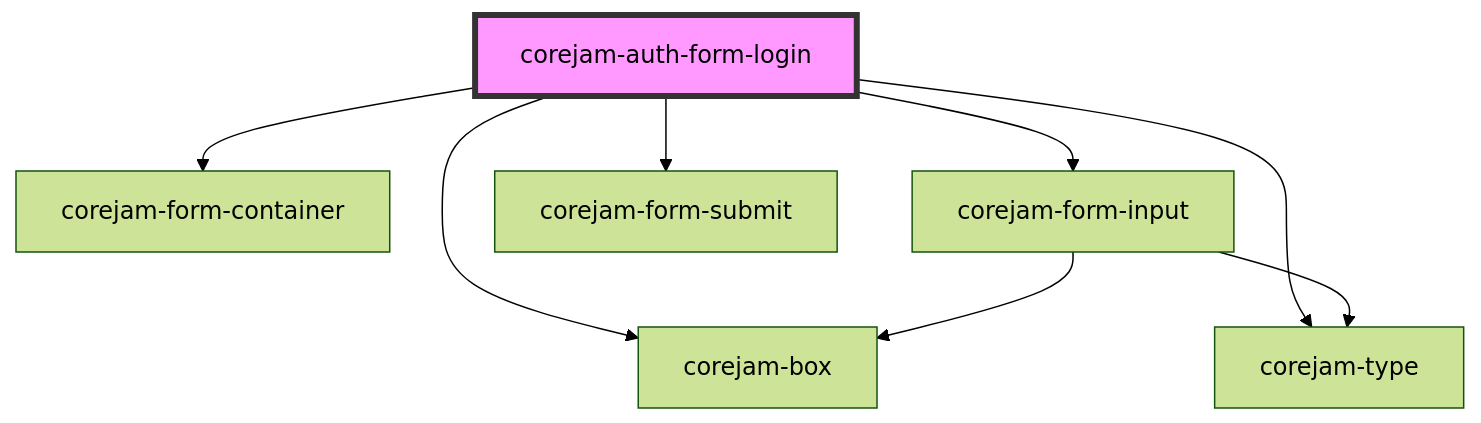
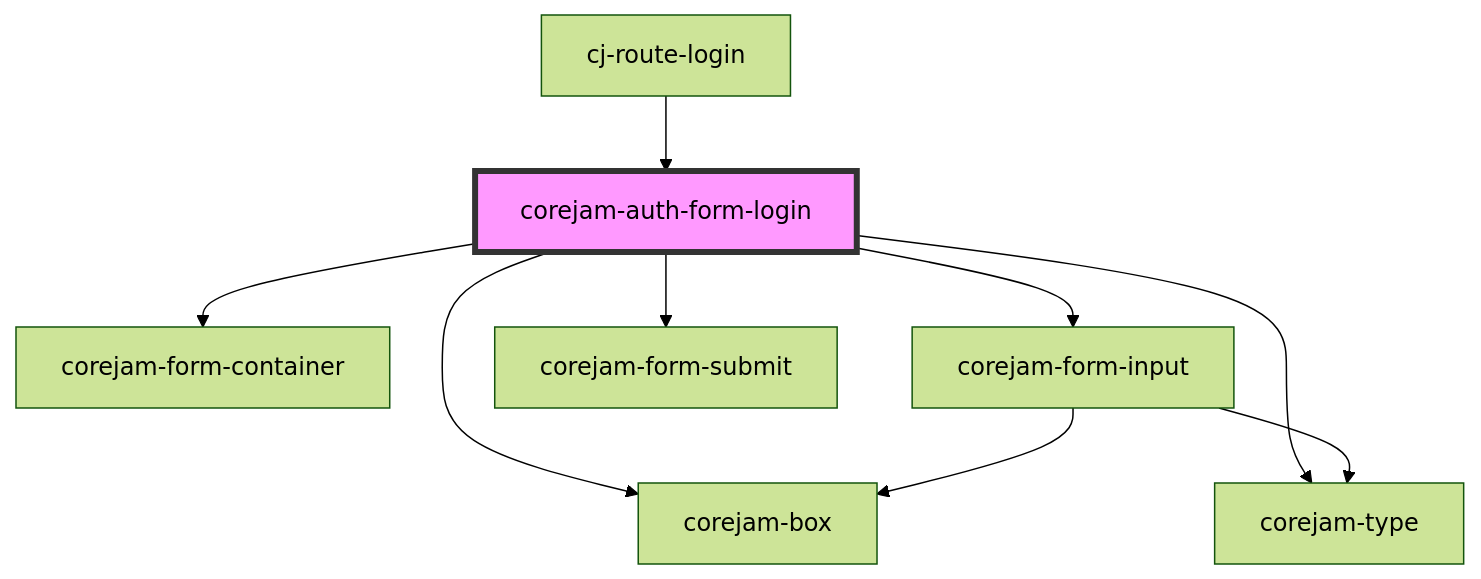
One commit to corejam/corejam changed the diagram in packages/plugins/auth/app/components/corejam-auth-form-login/readme.md. Above: the diagram before and after it, drawn with Mermaid (forest theme). The commit also changed other lines of this file and 5 other files, not shown here.

````diff
--- a/packages/plugins/auth/app/components/corejam-auth-form-login/readme.md
+++ b/packages/plugins/auth/app/components/corejam-auth-form-login/readme.md
@@ -26,11 +30,12 @@
 ```mermaid
 graph TD;
   corejam-auth-form-login --> corejam-box
   corejam-auth-form-login --> corejam-type
   corejam-auth-form-login --> corejam-form-container
   corejam-auth-form-login --> corejam-form-input
   corejam-auth-form-login --> corejam-form-submit
   corejam-form-input --> corejam-box
   corejam-form-input --> corejam-type
+  cj-route-login --> corejam-auth-form-login
   style corejam-auth-form-login fill:#f9f,stroke:#333,stroke-width:4px
 ```
````
